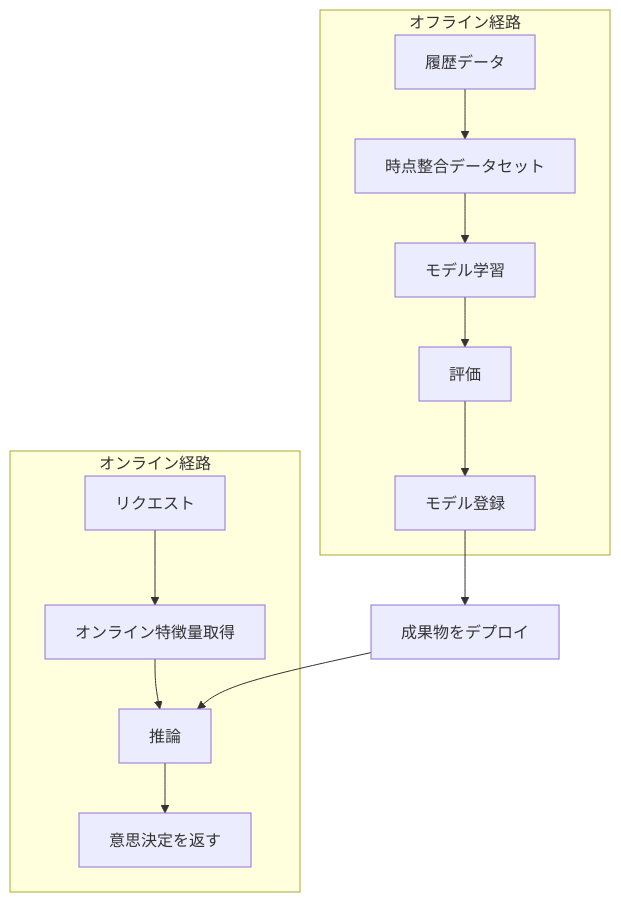
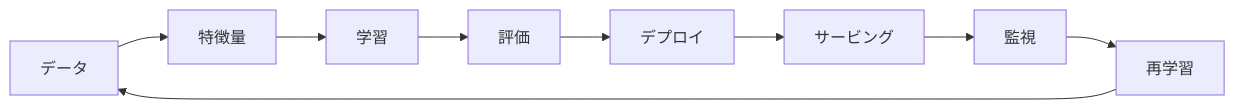
Before and after one commit to binarydevelop/system-design-patterns: the second of 2 diagrams in ja/16-ml-systems/01-ml-system-fundamentals.md, drawn with Mermaid. The commit also changed other lines of this file and 3 other files, not shown here.

````diff
--- a/ja/16-ml-systems/01-ml-system-fundamentals.md
+++ b/ja/16-ml-systems/01-ml-system-fundamentals.md
@@ -67,18 +84,11 @@
 ```mermaid
-flowchart TB
-    subgraph Offline["オフライン経路"]
-        HIST["履歴データ"] --> SNAP["時点整合データセット"]
-        SNAP --> TRAIN["モデル学習"]
-        TRAIN --> EVAL["評価"]
-        EVAL --> REG["モデル登録"]
-    end
-
-    subgraph Online["オンライン経路"]
-        REQ["リクエスト"] --> LOAD["オンライン特徴量取得"]
-        LOAD --> INF["推論"]
-        INF --> RESP["意思決定を返す"]
-    end
-
-    REG --> DEPLOY["成果物をデプロイ"]
-    DEPLOY --> INF
+flowchart LR
+    DATA["データ"] --> FEAT["特徴量"]
+    FEAT --> TRAIN["学習"]
+    TRAIN --> EVAL["評価"]
+    EVAL --> DEPLOY["デプロイ"]
+    DEPLOY --> SERVE["サービング"]
+    SERVE --> MON["監視"]
+    MON --> RETRAIN["再学習"]
+    RETRAIN --> DATA
 ```
````
